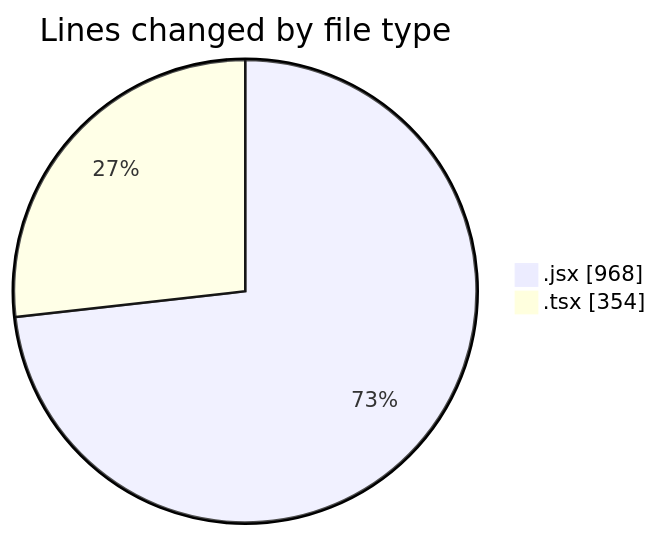
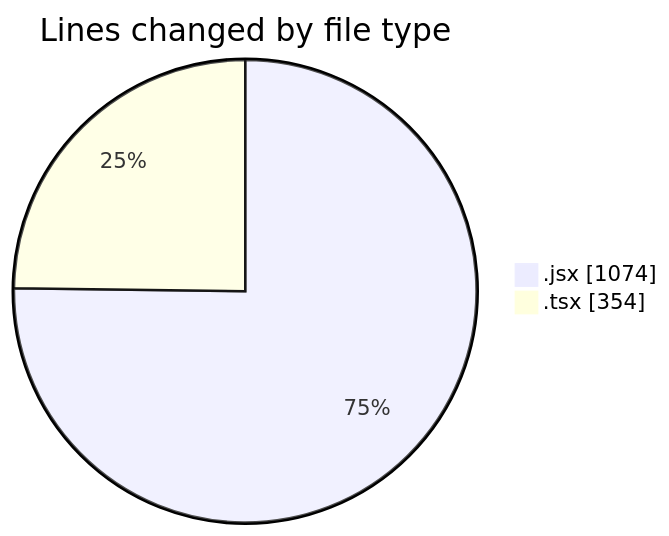
Before and after one commit to momahboobian/code-tracking: the first of 2 diagrams in 2026-02-16/cda/README.md, drawn with Mermaid. The commit also changed other lines of this file and 1 other file, not shown here.

````diff
--- a/2026-02-16/cda/README.md
+++ b/2026-02-16/cda/README.md
@@ -25,6 +26,6 @@
 ```mermaid
 pie showData
 title Lines changed by file type
-".jsx" : 968
+".jsx" : 1074
 ".tsx" : 354
 ```
````
